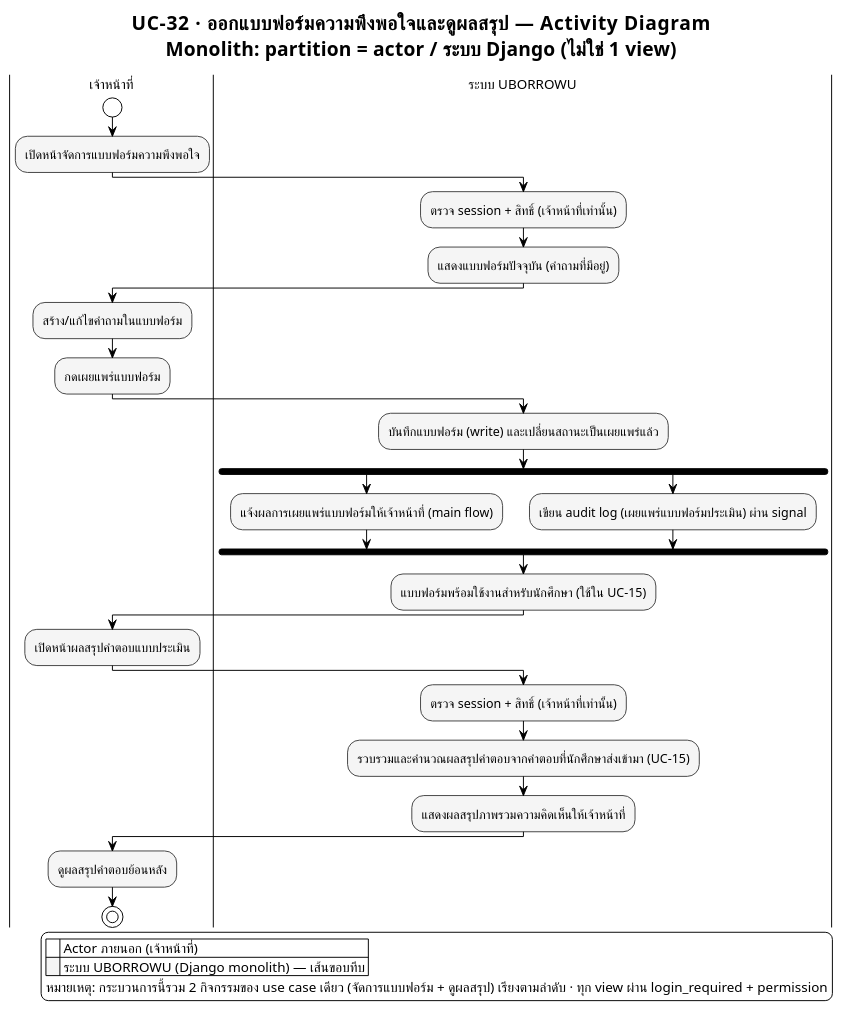
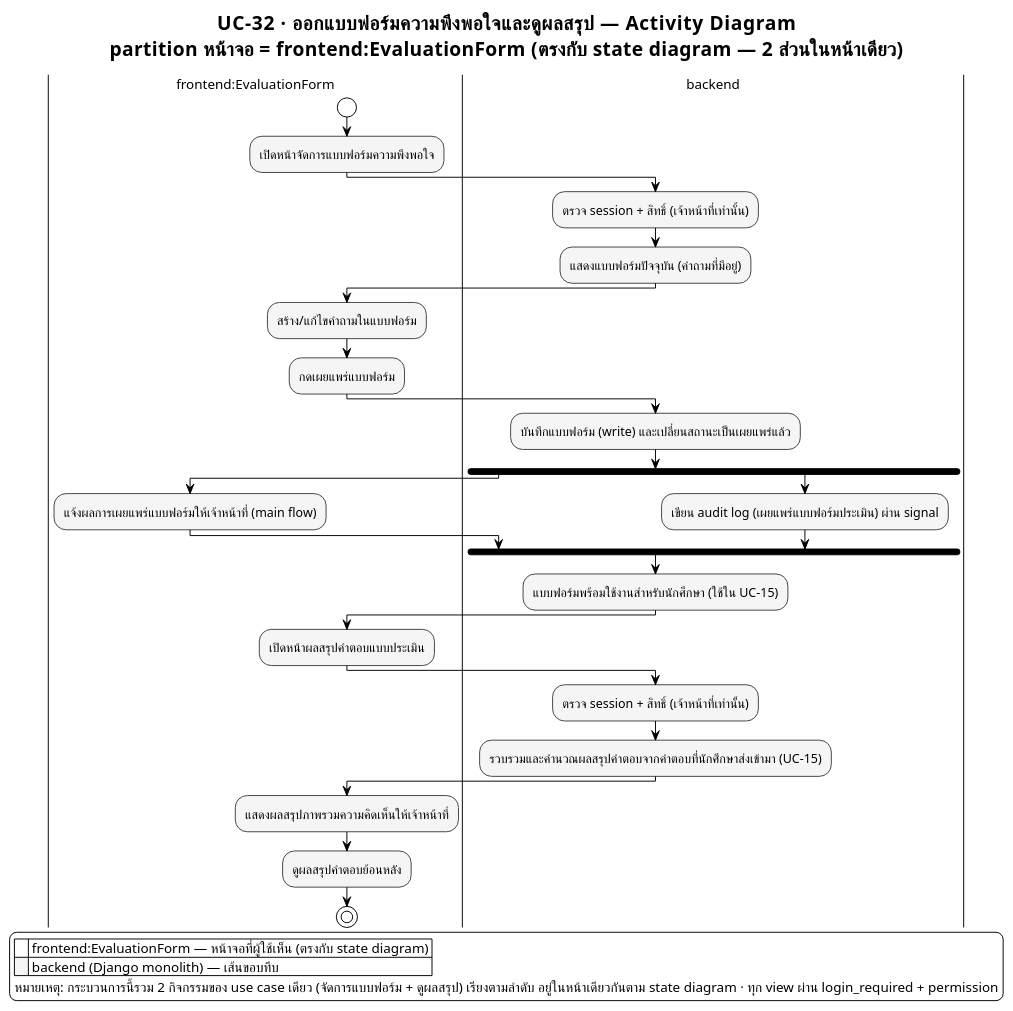
Before and after one commit to patlnwza-007/project-2569: the diagram in proposal/usecase/activity_module5_uc32.puml, drawn with PlantUML. The commit also changed 46 other files, not shown here.

First line of the commit message:
Rework UI state/activity diagrams onto frontend:PageCode/backend convention

```diff
--- a/proposal/usecase/activity_module5_uc32.puml
+++ b/proposal/usecase/activity_module5_uc32.puml
@@ -1,86 +1,87 @@
 @startuml activity_module5_uc32
 ' ══════════════════════════════════════════════════════════════════
 ' รองรับภาษาไทย — อ่านก่อน render:
 ' 1. บันทึกไฟล์นี้เป็น UTF-8 (ไม่ต้องมี BOM) เสมอ
 ' 2. ถ้า render ผ่าน CLI (plantuml.jar) ต้องระบุ flag encoding ด้วย:
 '      java -Dfile.encoding=UTF-8 -jar plantuml.jar -charset UTF-8 activity_evaluation_manage_form_and_summary.puml
 ' 3. บังคับใช้ Smetana (pure-Java layout engine) แทน Graphviz/dot
 '    เพราะ Graphviz บางระบบ (โดยเฉพาะ Windows) อ่าน UTF-8 ไม่ตรง ทำให้ตัวอักษรไทยเพี้ยน/หาย
 !pragma layout smetana
 ' 4. ฟอนต์ที่มีสระ/วรรณยุกต์ไทยครบและ render ผ่าน Java ได้เสถียร
 '    - Windows: "TH Sarabun New" (ฟอนต์มาตรฐานราชการ) หรือ "Tahoma" (มากับเครื่องอยู่แล้ว)
 '    - Linux / PlantUML online server: เปลี่ยนเป็น "Noto Sans Thai" หรือ "Loma"
 skinparam defaultFontName "TH Sarabun New"
 skinparam defaultFontSize 14
 ' ══════════════════════════════════════════════════════════════════
 
 !theme plain
 skinparam titleFontName "TH Sarabun New"
 skinparam titleFontSize 20
 skinparam noteFontName "TH Sarabun New"
 skinparam ArrowFontName "TH Sarabun New"
 skinparam ArrowFontSize 12
 skinparam swimlaneTitleFontName "TH Sarabun New"
 skinparam swimlaneTitleFontSize 14
 
 ' ===== Monochrome เท่านั้น — ห้ามให้แต่ละ partition มีสีต่างกัน =====
 skinparam activity {
   BackgroundColor #F5F5F5
   BorderColor #424242
   FontName "TH Sarabun New"
   FontSize 13
   DiamondBackgroundColor #FAFAFA
   DiamondBorderColor #616161
 }
 skinparam partition {
   BackgroundColor #FAFAFA
   BorderColor #424242
 }
 
-title UC-32 · ออกแบบฟอร์มความพึงพอใจและดูผลสรุป — Activity Diagram\nMonolith: partition = actor / ระบบ Django (ไม่ใช่ 1 view)
+title UC-32 · ออกแบบฟอร์มความพึงพอใจและดูผลสรุป — Activity Diagram\npartition หน้าจอ = frontend:EvaluationForm (ตรงกับ state diagram — 2 ส่วนในหน้าเดียว)
 
-' ===== Actor ภายนอก (human) ที่ริเริ่มกระบวนการ =====
-' หมายเหตุ: สมมติว่าเจ้าหน้าที่ login แล้ว (session ผ่าน allauth) — ไม่ต้องวาด OAuth ซ้ำใน flow นี้
-|เจ้าหน้าที่|
+|frontend:EvaluationForm|
 start
+' สมมติว่าเจ้าหน้าที่ login แล้ว (session) — ไม่ต้องวาด OAuth/SSO ซ้ำใน flow นี้
 :เปิดหน้าจัดการแบบฟอร์มความพึงพอใจ;
 
-|ระบบ UBORROWU|
+|backend|
 :ตรวจ session + สิทธิ์ (เจ้าหน้าที่เท่านั้น);
 :แสดงแบบฟอร์มปัจจุบัน (คำถามที่มีอยู่);
 
-|เจ้าหน้าที่|
+|frontend:EvaluationForm|
 :สร้าง/แก้ไขคำถามในแบบฟอร์ม;
 :กดเผยแพร่แบบฟอร์ม;
 
-|ระบบ UBORROWU|
+|backend|
 :บันทึกแบบฟอร์ม (write) และเปลี่ยนสถานะเป็นเผยแพร่แล้ว;
 
 fork
+  |frontend:EvaluationForm|
   :แจ้งผลการเผยแพร่แบบฟอร์มให้เจ้าหน้าที่ (main flow);
 fork again
+  |backend|
   :เขียน audit log (เผยแพร่แบบฟอร์มประเมิน) ผ่าน signal;
 end fork
 
 :แบบฟอร์มพร้อมใช้งานสำหรับนักศึกษา (ใช้ใน UC-15);
 
-|เจ้าหน้าที่|
+|frontend:EvaluationForm|
 :เปิดหน้าผลสรุปคำตอบแบบประเมิน;
 
-|ระบบ UBORROWU|
+|backend|
 :ตรวจ session + สิทธิ์ (เจ้าหน้าที่เท่านั้น);
 :รวบรวมและคำนวณผลสรุปคำตอบจากคำตอบที่นักศึกษาส่งเข้ามา (UC-15);
+
+|frontend:EvaluationForm|
 :แสดงผลสรุปภาพรวมความคิดเห็นให้เจ้าหน้าที่;
-
-|เจ้าหน้าที่|
 :ดูผลสรุปคำตอบย้อนหลัง;
 
 stop
 
 legend right
-  |<back:white>    </back>| Actor ภายนอก (เจ้าหน้าที่) |
-  |<back:#F5F5F5>    </back>| ระบบ UBORROWU (Django monolith) — เส้นขอบทึบ |
-  หมายเหตุ: กระบวนการนี้รวม 2 กิจกรรมของ use case เดียว (จัดการแบบฟอร์ม + ดูผลสรุป) เรียงตามลำดับ · ทุก view ผ่าน login_required + permission
+  |<back:white>    </back>| frontend:EvaluationForm — หน้าจอที่ผู้ใช้เห็น (ตรงกับ state diagram) |
+  |<back:#F5F5F5>    </back>| backend (Django monolith) — เส้นขอบทึบ |
+  หมายเหตุ: กระบวนการนี้รวม 2 กิจกรรมของ use case เดียว (จัดการแบบฟอร์ม + ดูผลสรุป) เรียงตามลำดับ อยู่ในหน้าเดียวกันตาม state diagram · ทุก view ผ่าน login_required + permission
 endlegend
 
 @enduml
```
